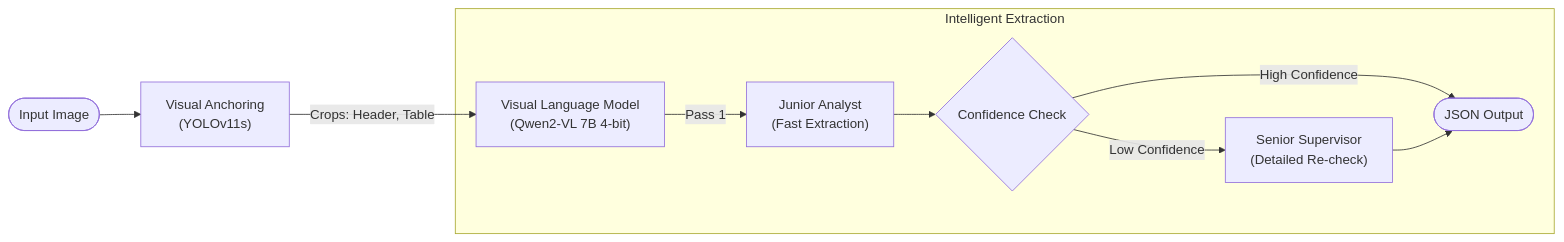
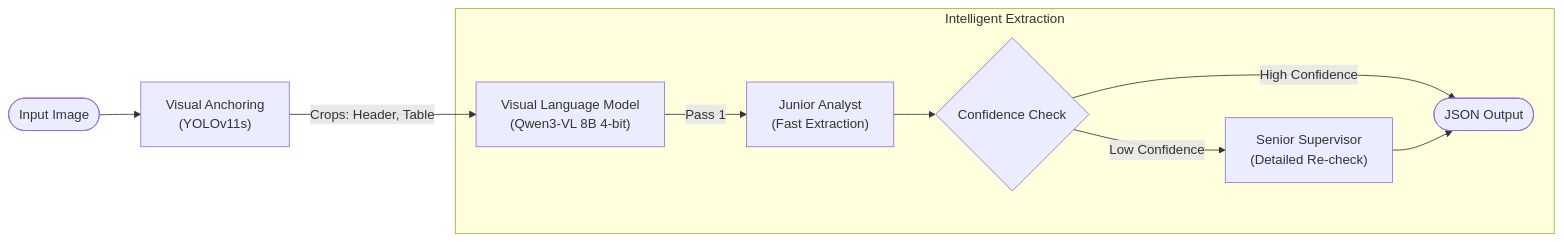
Before and after one commit to Tejas2507/vlm-invoice-extraction: the diagram in README.md, drawn with Mermaid.

````diff
--- a/README.md
+++ b/README.md
@@ -64,13 +64,13 @@
 ```mermaid
 flowchart LR
     In([Input Image]) --> YOLO["Visual Anchoring\n(YOLOv11s)"]
-    YOLO -->|Crops: Header, Table| VLM["Visual Language Model\n(Qwen2-VL 7B 4-bit)"]
+    YOLO -->|Crops: Header, Table| VLM["Visual Language Model\n(Qwen3-VL 8B 4-bit)"]
     
     subgraph "Intelligent Extraction"
         VLM -->|Pass 1| Junior["Junior Analyst\n(Fast Extraction)"]
         Junior --> Check{Confidence Check}
         Check -->|High Confidence| Out([JSON Output])
         Check -->|Low Confidence| Senior["Senior Supervisor\n(Detailed Re-check)"]
         Senior --> Out
     end
 ```
````
